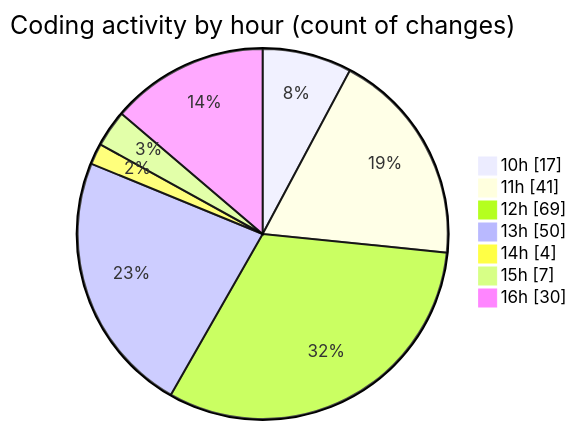
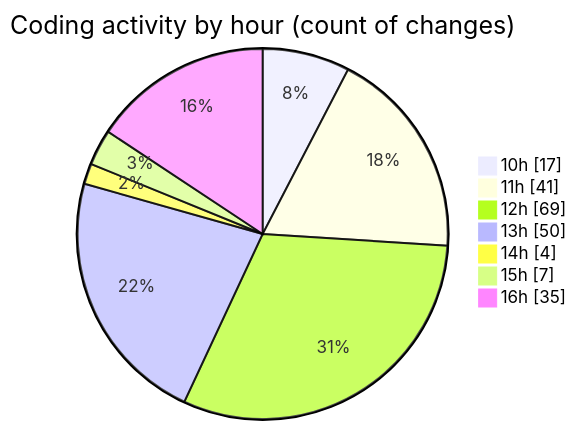
The second of 2 diagrams in 2025-10-06/cda/README.md (momahboobian/code-tracking), drawn with Mermaid before and after one commit. The commit also changed other lines of this file and 1 other file, not shown here.

````diff
--- a/2025-10-06/cda/README.md
+++ b/2025-10-06/cda/README.md
@@ -33,11 +33,11 @@
 ```mermaid
 pie showData
 title Coding activity by hour (count of changes)
 "10h" : 17
 "11h" : 41
 "12h" : 69
 "13h" : 50
 "14h" : 4
 "15h" : 7
-"16h" : 30
+"16h" : 35
 ```
````
